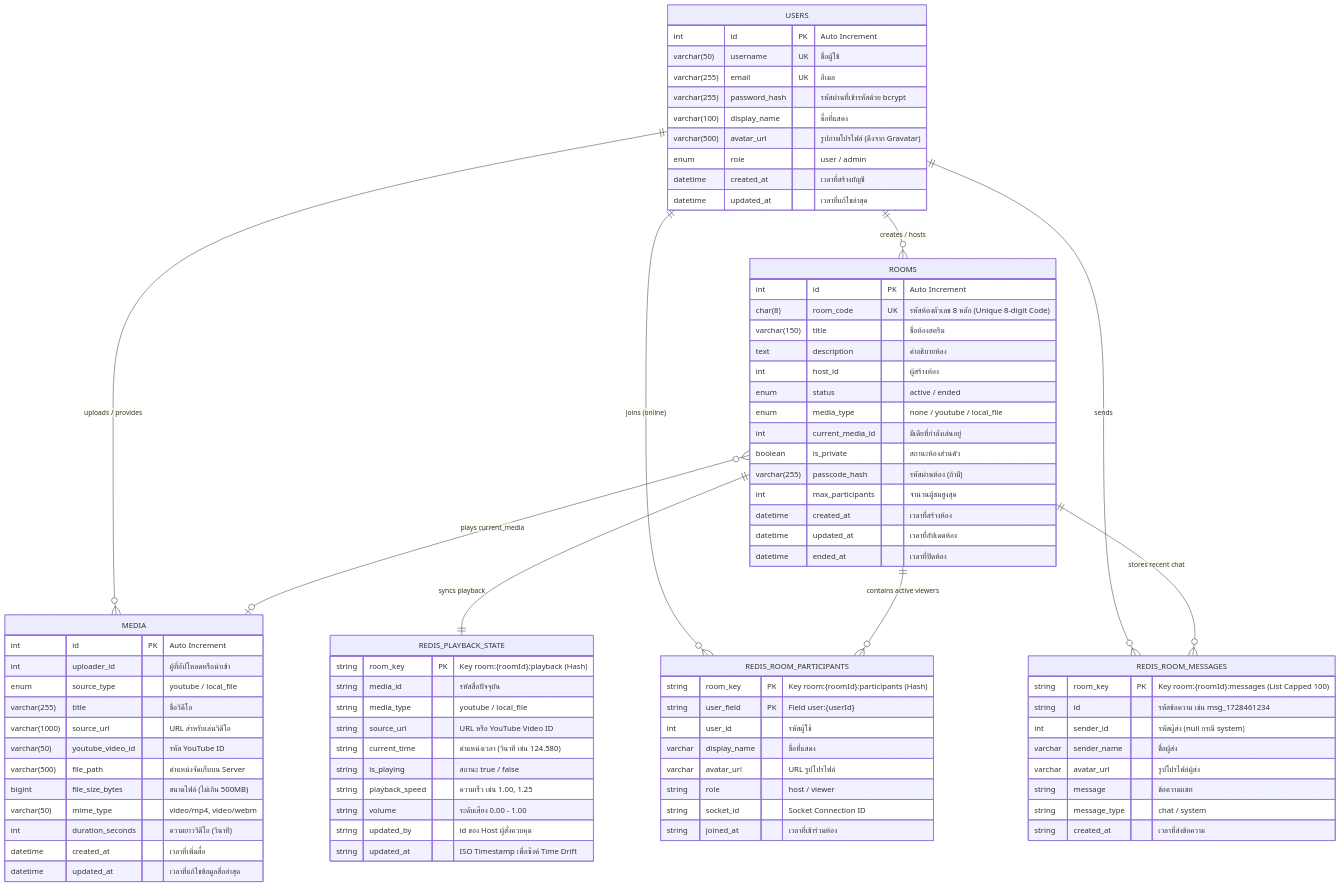
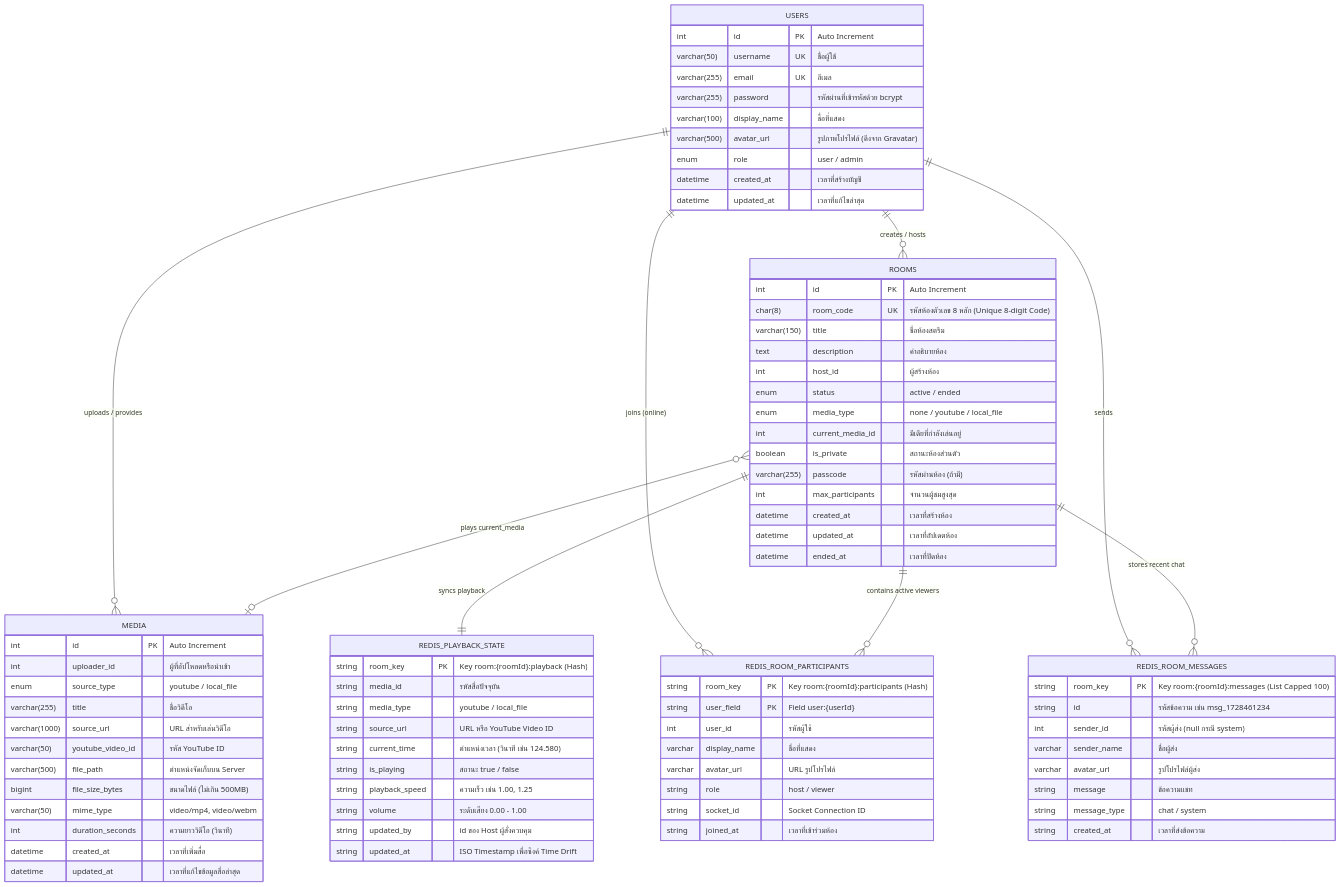
Before and after one commit to PeterGamez/YouStream: the fourth of 4 diagrams in SRS.md, drawn with Mermaid. The commit also changed other lines of this file and 1 other file, not shown here.

Commit message:
feat: add initial database schema and update system requirements specification

```diff
--- a/SRS.md
+++ b/SRS.md
@@ -257,7 +257,7 @@
         int id PK "Auto Increment"
         varchar(50) username UK "ชื่อผู้ใช้"
         varchar(255) email UK "อีเมล"
-        varchar(255) password_hash "รหัสผ่านที่เข้ารหัสด้วย bcrypt"
+        varchar(255) password "รหัสผ่านที่เข้ารหัสด้วย bcrypt"
         varchar(100) display_name "ชื่อที่แสดง"
         varchar(500) avatar_url "รูปภาพโปรไฟล์ (ดึงจาก Gravatar)"
         enum role "user / admin"
@@ -275,7 +275,7 @@
         enum media_type "none / youtube / local_file"
         int current_media_id "มีเดียที่กำลังเล่นอยู่"
         boolean is_private "สถานะห้องส่วนตัว"
-        varchar(255) passcode_hash "รหัสผ่านห้อง (ถ้ามี)"
+        varchar(255) passcode "รหัสผ่านห้อง (ถ้ามี)"
         int max_participants "จำนวนผู้ชมสูงสุด"
         datetime created_at "เวลาที่สร้างห้อง"
         datetime updated_at "เวลาที่อัปเดตห้อง"
```
